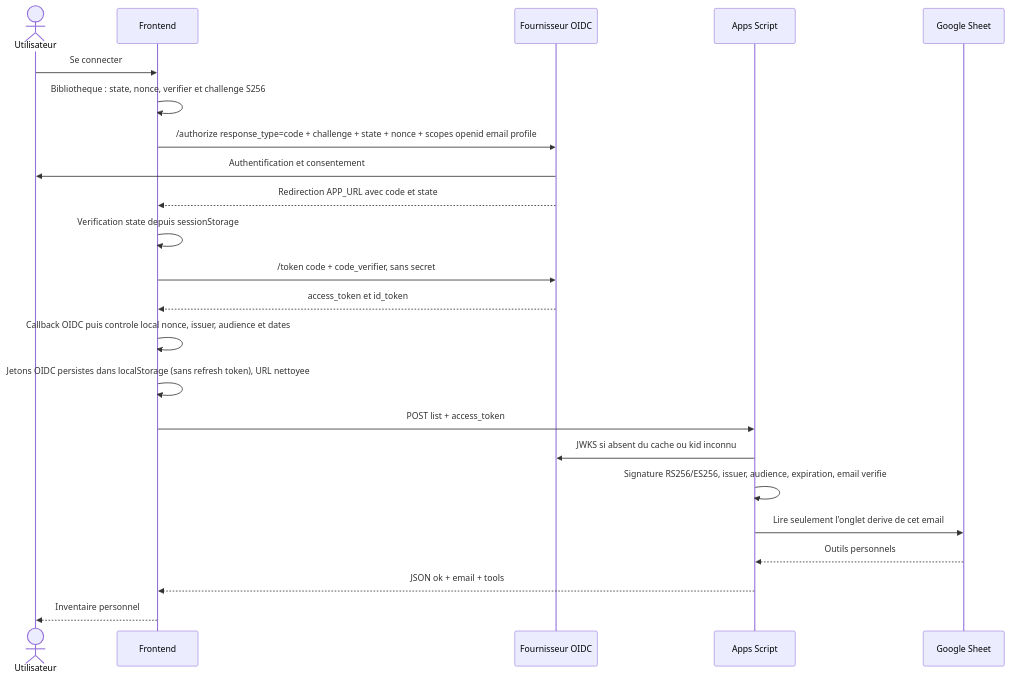
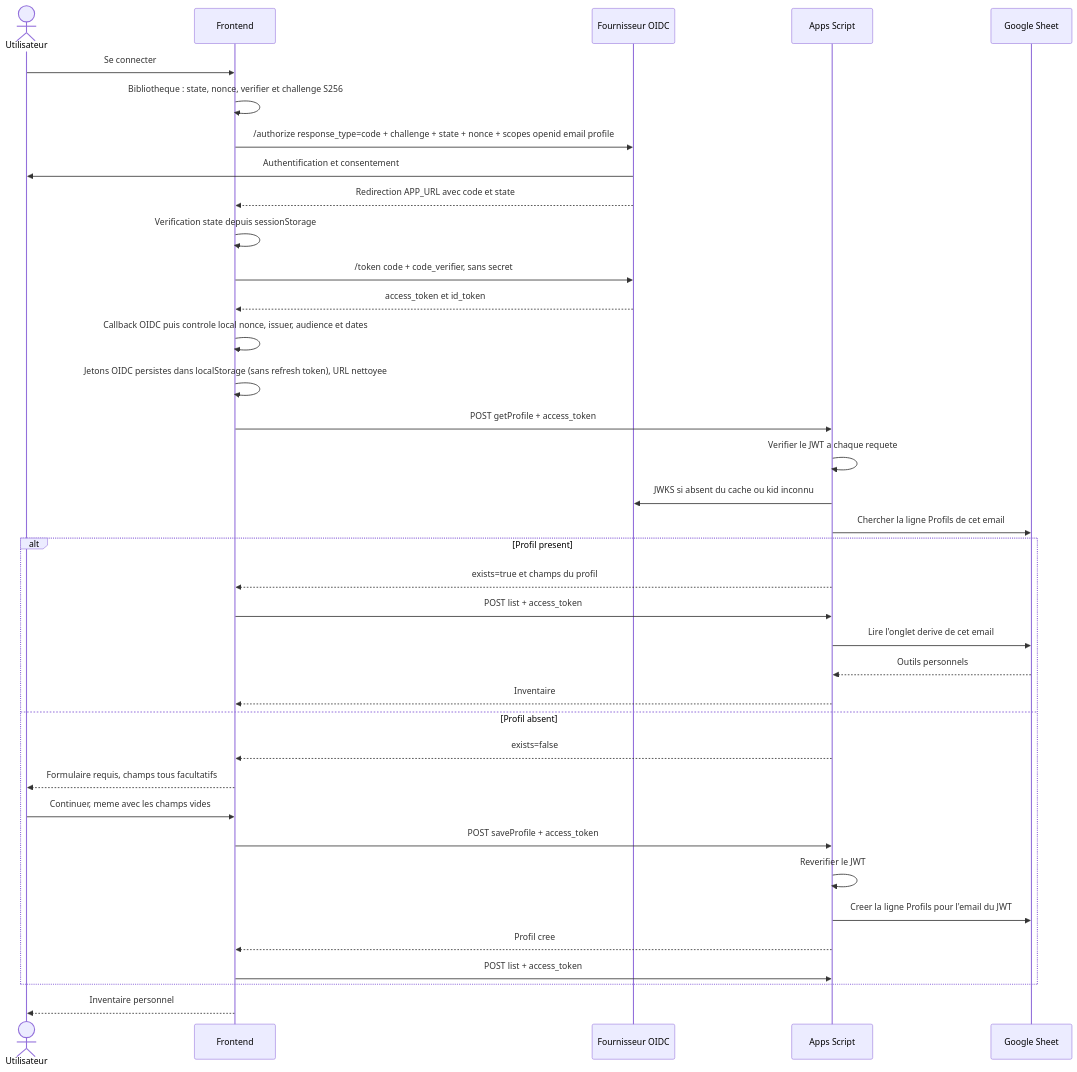
The second of 5 diagrams in docs/fonctionnel.md (quentin1500/toolbox_share), drawn with Mermaid before and after one commit. The commit also changed other lines of this file and 9 other files, not shown here.

````diff
--- a/docs/fonctionnel.md
+++ b/docs/fonctionnel.md
@@ -79,25 +86,39 @@
 ```mermaid
 sequenceDiagram
   actor U as Utilisateur
   participant F as Frontend
   participant I as Fournisseur OIDC
   participant A as Apps Script
   participant G as Google Sheet
   U->>F: Se connecter
   F->>F: Bibliotheque : state, nonce, verifier et challenge S256
   F->>I: /authorize response_type=code + challenge + state + nonce + scopes openid email profile
   I->>U: Authentification et consentement
   I-->>F: Redirection APP_URL avec code et state
   F->>F: Verification state depuis sessionStorage
   F->>I: /token code + code_verifier, sans secret
   I-->>F: access_token et id_token
   F->>F: Callback OIDC puis controle local nonce, issuer, audience et dates
   F->>F: Jetons OIDC persistes dans localStorage (sans refresh token), URL nettoyee
-  F->>A: POST list + access_token
+  F->>A: POST getProfile + access_token
+  A->>A: Verifier le JWT a chaque requete
   A->>I: JWKS si absent du cache ou kid inconnu
-  A->>A: Signature RS256/ES256, issuer, audience, expiration, email verifie
-  A->>G: Lire seulement l'onglet derive de cet email
-  G-->>A: Outils personnels
-  A-->>F: JSON ok + email + tools
+  A->>G: Chercher la ligne Profils de cet email
+  alt Profil present
+    A-->>F: exists=true et champs du profil
+    F->>A: POST list + access_token
+    A->>G: Lire l'onglet derive de cet email
+    G-->>A: Outils personnels
+    A-->>F: Inventaire
+  else Profil absent
+    A-->>F: exists=false
+    F-->>U: Formulaire requis, champs tous facultatifs
+    U->>F: Continuer, meme avec les champs vides
+    F->>A: POST saveProfile + access_token
+    A->>A: Reverifier le JWT
+    A->>G: Creer la ligne Profils pour l'email du JWT
+    A-->>F: Profil cree
+    F->>A: POST list + access_token
+  end
   F-->>U: Inventaire personnel
 ```
````
